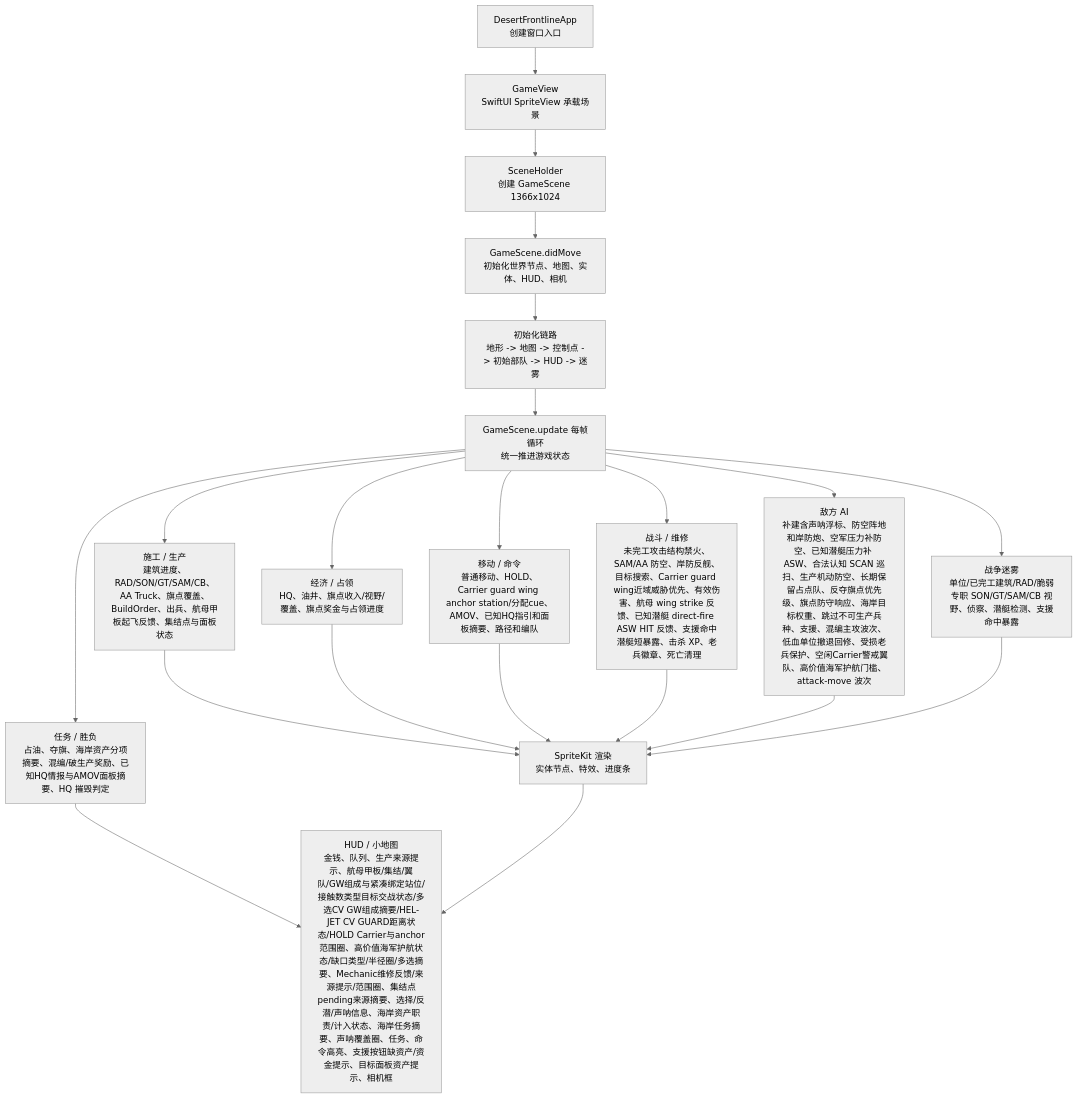
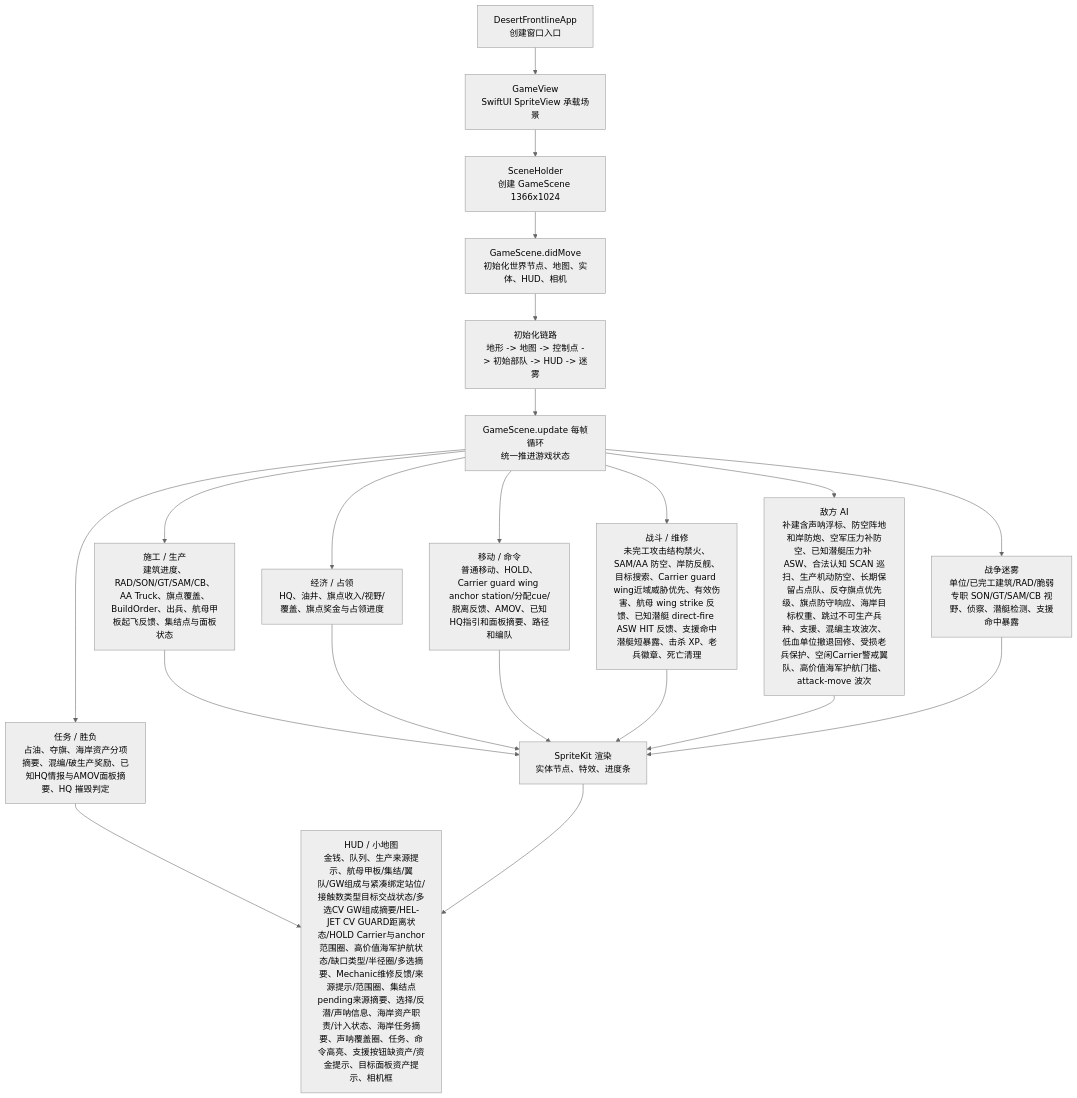
One commit to Altman-sam114/1145 changed the first of 3 diagrams in md/flow/flowchart.md. Above: the diagram before and after it, drawn with Mermaid (neutral theme). The commit also changed other lines of this file and 4 other files, not shown here.

````diff
--- a/md/flow/flowchart.md
+++ b/md/flow/flowchart.md
@@ -9,23 +9,23 @@
 ```mermaid
 flowchart TD
   App["DesertFrontlineApp\n创建窗口入口"] --> View["GameView\nSwiftUI SpriteView 承载场景"]
   View --> Holder["SceneHolder\n创建 GameScene 1366x1024"]
   Holder --> Scene["GameScene.didMove\n初始化世界节点、地图、实体、HUD、相机"]
   Scene --> Init["初始化链路\n地形 -> 地图 -> 控制点 -> 初始部队 -> HUD -> 迷雾"]
   Init --> Loop["GameScene.update 每帧循环\n统一推进游戏状态"]
   Loop --> Build["施工 / 生产\n建筑进度、RAD/SON/GT/SAM/CB、AA Truck、旗点覆盖、BuildOrder、出兵、航母甲板起飞反馈、集结点与面板状态"]
   Loop --> Economy["经济 / 占领\nHQ、油井、旗点收入/视野/覆盖、旗点奖金与占领进度"]
-  Loop --> Commands["移动 / 命令\n普通移动、HOLD、Carrier guard wing anchor station/分配cue、AMOV、已知HQ指引和面板摘要、路径和编队"]
+  Loop --> Commands["移动 / 命令\n普通移动、HOLD、Carrier guard wing anchor station/分配cue/脱离反馈、AMOV、已知HQ指引和面板摘要、路径和编队"]
   Loop --> Combat["战斗 / 维修\n未完工攻击结构禁火、SAM/AA 防空、岸防反舰、目标搜索、Carrier guard wing近域威胁优先、有效伤害、航母 wing strike 反馈、已知潜艇 direct-fire ASW HIT 反馈、支援命中潜艇短暴露、击杀 XP、老兵徽章、死亡清理"]
   Loop --> AI["敌方 AI\n补建含声呐浮标、防空阵地和岸防炮、空军压力补防空、已知潜艇压力补 ASW、合法认知 SCAN 巡扫、生产机动防空、长期保留占点队、反夺旗点优先级、旗点防守响应、海岸目标权重、跳过不可生产兵种、支援、混编主攻波次、低血单位撤退回修、受损老兵保护、空闲Carrier警戒翼队、高价值海军护航门槛、attack-move 波次"]
   Loop --> Fog["战争迷雾\n单位/已完工建筑/RAD/脆弱专职 SON/GT/SAM/CB 视野、侦察、潜艇检测、支援命中暴露"]
   Loop --> Mission["任务 / 胜负\n占油、夺旗、海岸资产分项摘要、混编/破生产奖励、已知HQ情报与AMOV面板摘要、HQ 摧毁判定"]
   Build --> Render["SpriteKit 渲染\n实体节点、特效、进度条"]
   Economy --> Render
   Commands --> Render
   Combat --> Render
   AI --> Render
   Fog --> Render
   Mission --> HUD["HUD / 小地图\n金钱、队列、生产来源提示、航母甲板/集结/翼队/GW组成与紧凑绑定站位/接触数类型目标交战状态/多选CV GW组成摘要/HEL-JET CV GUARD距离状态/HOLD Carrier与anchor范围圈、高价值海军护航状态/缺口类型/半径圈/多选摘要、Mechanic维修反馈/来源提示/范围圈、集结点pending来源摘要、选择/反潜/声呐信息、海岸资产职责/计入状态、海岸任务摘要、声呐覆盖圈、任务、命令高亮、支援按钮缺资产/资金提示、目标面板资产提示、相机框"]
   Render --> HUD
 ```
````
